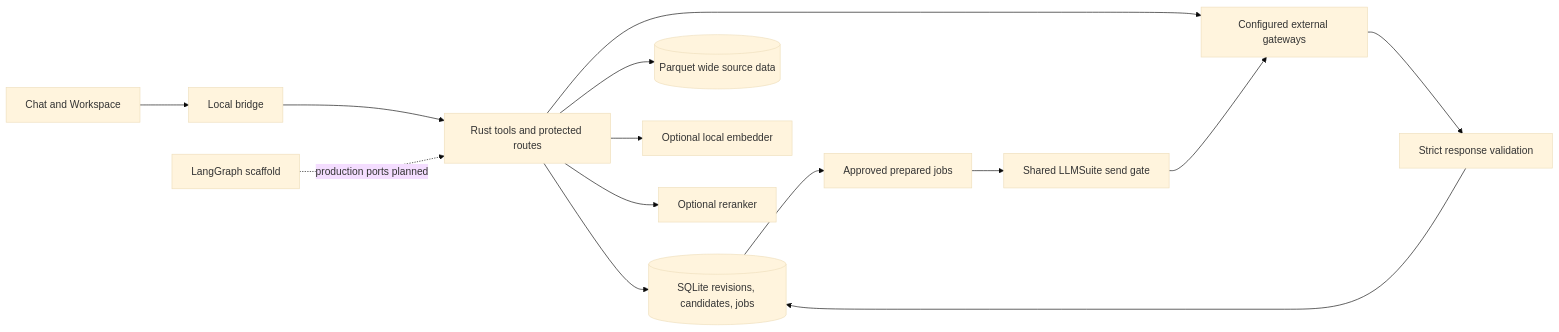
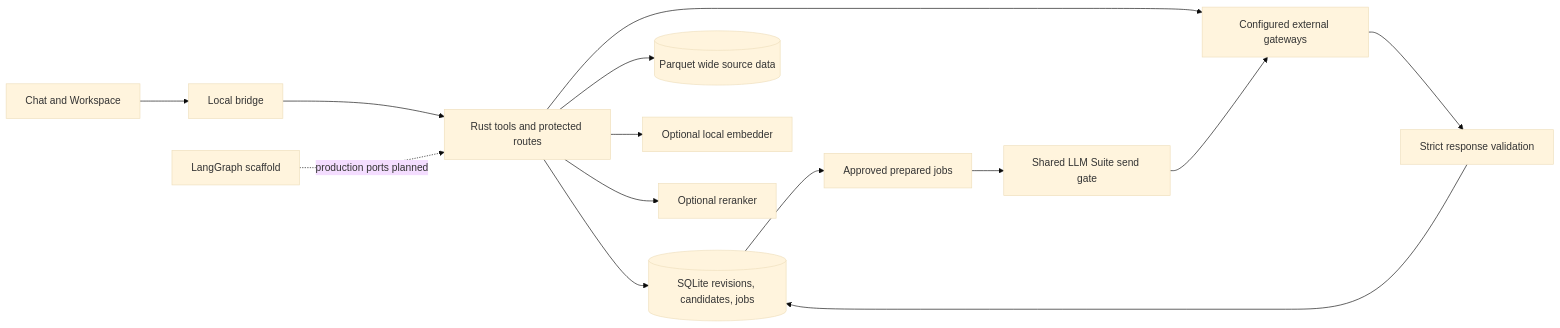
The diagram in mna-tools/docs/BACKEND_ARCHITECTURE.md (saksham-personal/local-first-mna-screening), drawn with Mermaid (base theme) before and after one commit. The commit also changed other lines of this file and 19 other files, not shown here.

````diff
--- a/mna-tools/docs/BACKEND_ARCHITECTURE.md
+++ b/mna-tools/docs/BACKEND_ARCHITECTURE.md
@@ -18,16 +18,16 @@
 ```mermaid
 flowchart LR
     U[Chat and Workspace] --> B[Local bridge]
     B --> R[Rust tools and protected routes]
     R --> D[(SQLite revisions, candidates, jobs)]
     R --> P[(Parquet wide source data)]
     R --> E[Optional local embedder]
     R --> K[Optional reranker]
     R --> X[Configured external gateways]
     G[LangGraph scaffold] -. production ports planned .-> R
     D --> Q[Approved prepared jobs]
-    Q --> L[Shared LLMSuite send gate]
+    Q --> L[Shared LLM Suite send gate]
     L --> X
     X --> V[Strict response validation]
     V --> D
 ```
````
